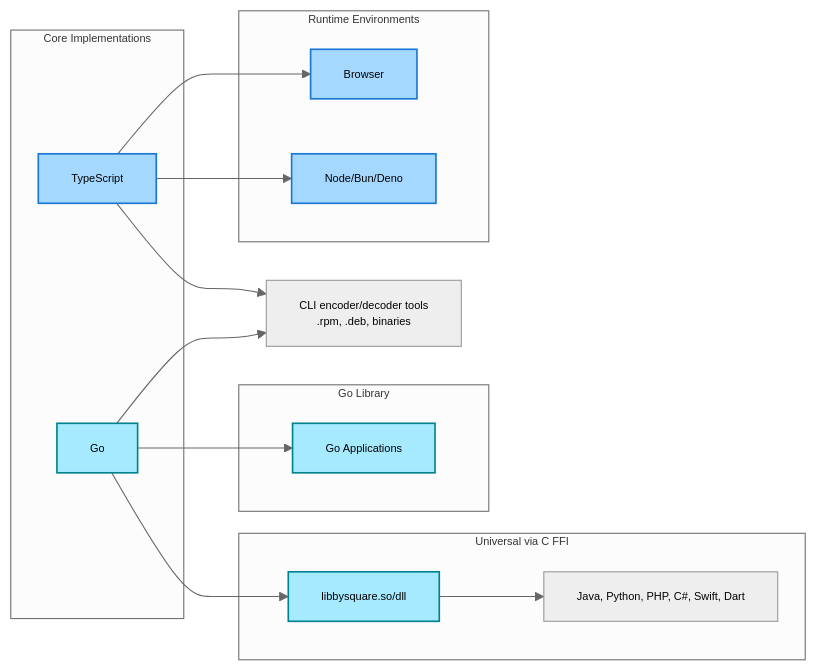
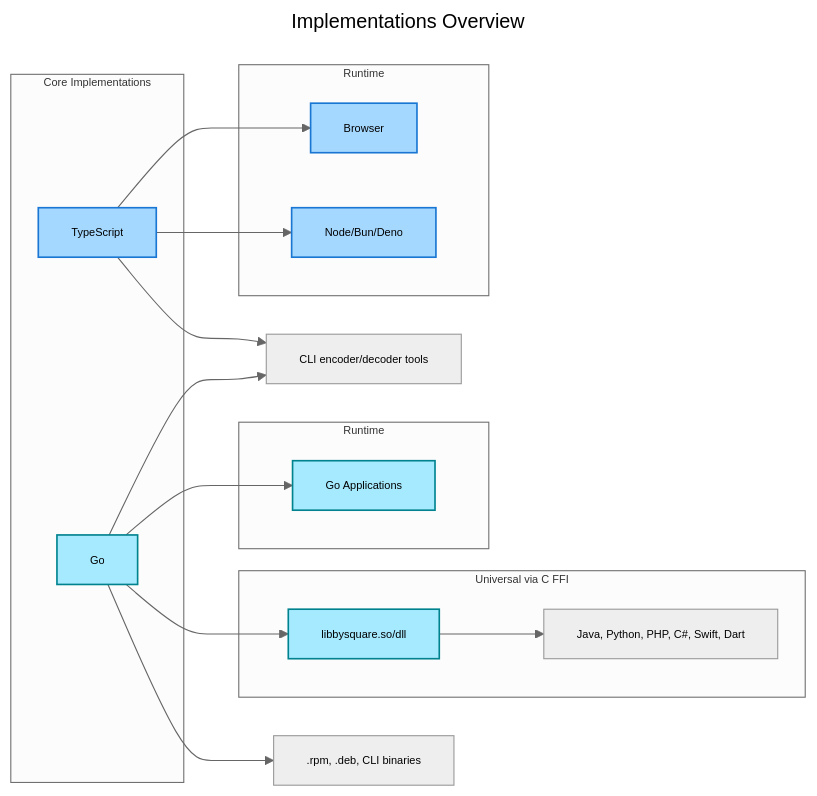
Before and after one commit to xseman/bysquare: the first of 4 diagrams in README.md, drawn with Mermaid. The commit also changed other lines of this file and 3 other files, not shown here.

````diff
--- a/README.md
+++ b/README.md
@@ -49,39 +49,43 @@
 ```mermaid
 ---
+title: "Implementations Overview"
 config:
   theme: neutral
   themeVariables:
     fontFamily: monospace
     fontSize: "10px"
 ---
 
 flowchart LR
     subgraph Core["Core Implementations"]
         TS[TypeScript]
         GO[Go]
     end
 
-    subgraph Runtime["Runtime Environments"]
+    subgraph Runtime["Runtime"]
         TS --> Browser
         TS --> Node/Bun/Deno
     end
 
-    TS & GO --> CLI[CLI encoder/decoder tools<br/>.rpm, .deb, binaries]
+    TS & GO --> CLI[CLI encoder/decoder tools]
 
-    subgraph Native["Go Library"]
+
+    subgraph Native["Runtime"]
         GO --> GO_LIB[Go Applications]
     end
 
     subgraph FFI["Universal via C FFI"]
         GO --> CFFI[libbysquare.so/dll]
         CFFI --> ANY[Java, Python, PHP, C#, Swift, Dart]
     end
+
+    GO --> Artifacts[.rpm, .deb, CLI binaries]
 
     style TS            fill:#A5D8FF, stroke:#1976D2, stroke-width:1.5px
     style Browser       fill:#A5D8FF, stroke:#1976D2, stroke-width:1.5px
     style Node/Bun/Deno fill:#A5D8FF, stroke:#1976D2, stroke-width:1.5px
 
     style GO      fill:#A5EAFF, stroke:#00838F, stroke-width:1.5px
     style GO_LIB  fill:#A5EAFF, stroke:#00838F, stroke-width:1.5px
     style CFFI    fill:#A5EAFF, stroke:#00838F, stroke-width:1.5px
 ```
````
